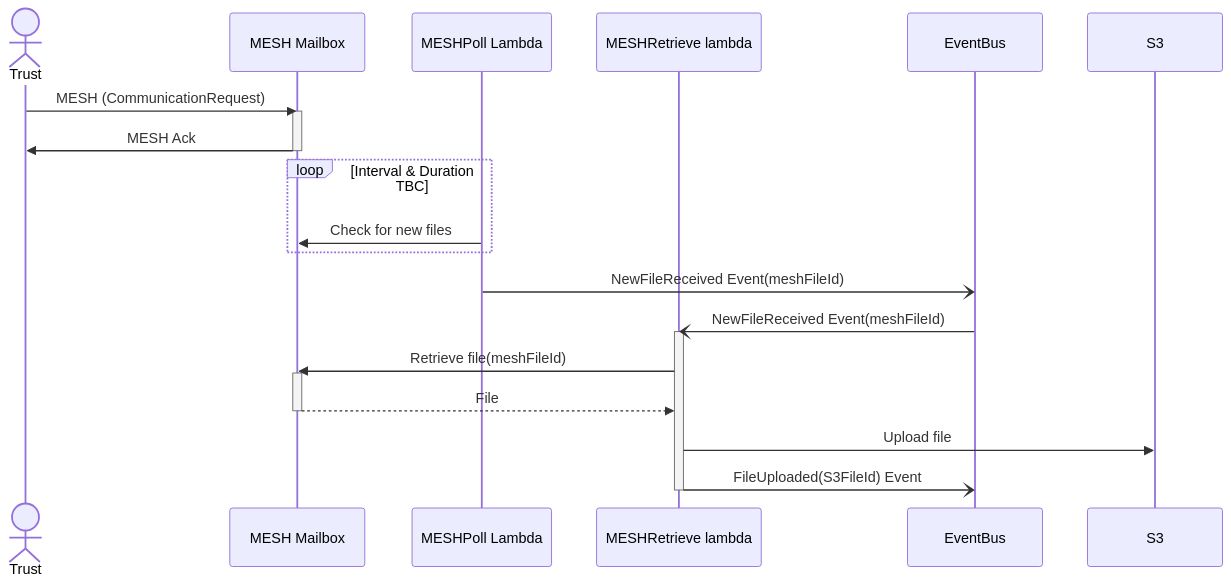
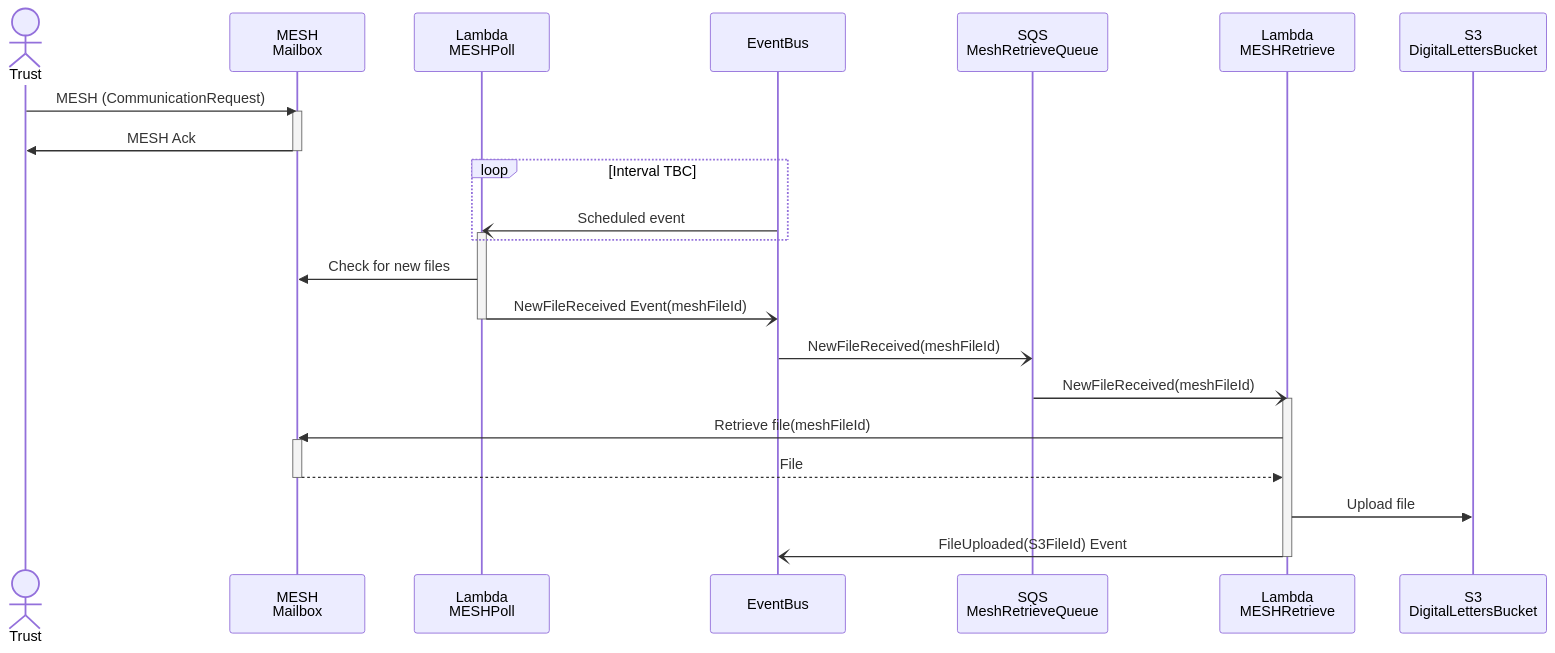
The diagram in docs/diagrams/mesh-sequence.md (NHSDigital/nhs-notify-digital-letters), drawn with Mermaid before and after one commit.

Commit message:
CCM-12274: Changed MeshPoll trigger to be a scheduled event & added SQS

````diff
--- a/docs/diagrams/mesh-sequence.md
+++ b/docs/diagrams/mesh-sequence.md
@@ -14,31 +14,35 @@
 ```mermaid
 
 sequenceDiagram
   actor trust as Trust
-  participant meshMailbox as MESH Mailbox
-  participant meshPoll as MESHPoll Lambda
-  participant meshRetrieve  as MESHRetrieve lambda
+  participant meshMailbox as MESH<br/>Mailbox
+  participant meshPoll as Lambda<br/>MESHPoll
   participant eventBus as EventBus
-  participant s3 as S3
+  participant sqs as SQS<br/>MeshRetrieveQueue
+  participant meshRetrieve  as Lambda<br/>MESHRetrieve
+  participant s3 as S3<br/>DigitalLettersBucket
 
   trust ->> meshMailbox: MESH (CommunicationRequest)
   activate meshMailbox
     meshMailbox ->> trust: MESH Ack
   deactivate meshMailbox
 
-  Loop Interval & Duration TBC
-    meshPoll ->> meshMailbox: Check for new files
+  Loop Interval TBC
+    eventBus -) meshPoll: Scheduled event
+    activate meshPoll
   end
+  meshPoll ->> meshMailbox: Check for new files
+  meshPoll -) eventBus: NewFileReceived Event(meshFileId)
+  deactivate meshPoll
 
-  meshPoll -) eventBus: NewFileReceived Event(meshFileId)
-
-  eventBus -) meshRetrieve: NewFileReceived Event(meshFileId)
+  eventBus -) sqs: NewFileReceived(meshFileId)
+  sqs -) meshRetrieve: NewFileReceived(meshFileId)
   activate meshRetrieve
     meshRetrieve ->> meshMailbox: Retrieve file(meshFileId)
     activate meshMailbox
       meshMailbox -->> meshRetrieve: File
     deactivate meshMailbox
     meshRetrieve ->> s3: Upload file
     meshRetrieve -) eventBus: FileUploaded(S3FileId) Event
   deactivate meshRetrieve
 ```
````
